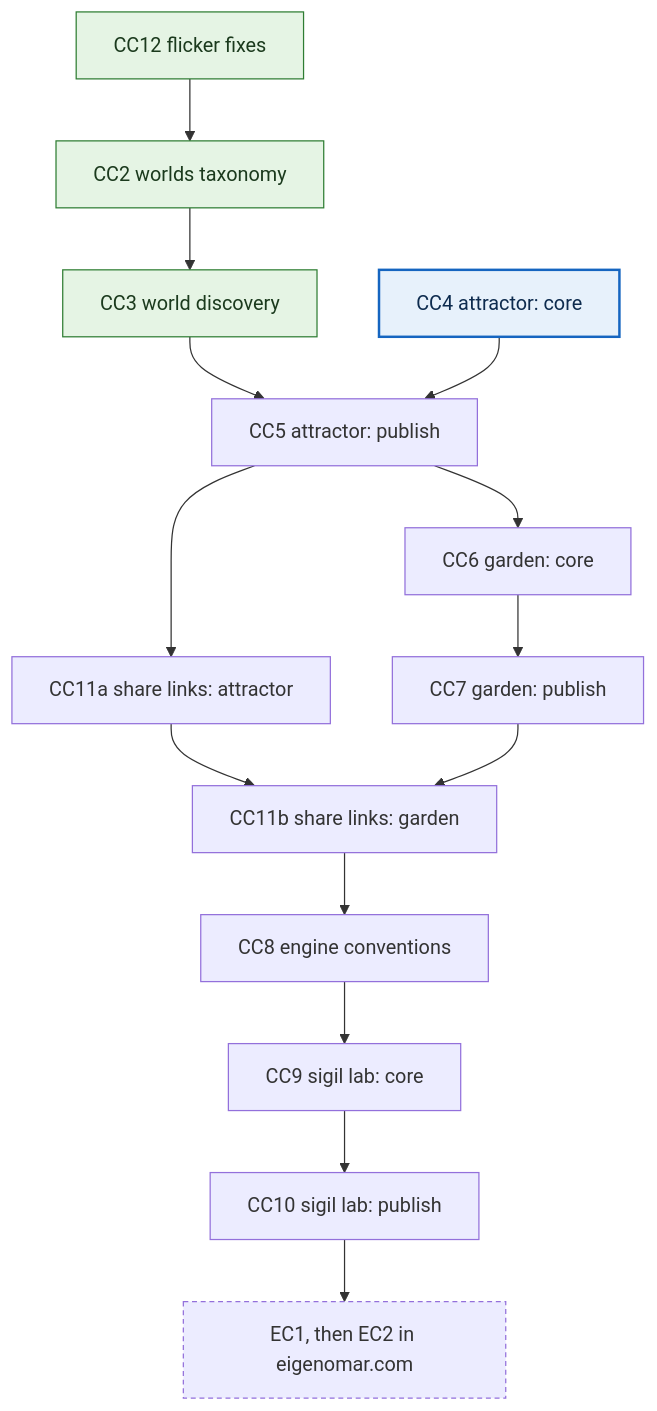
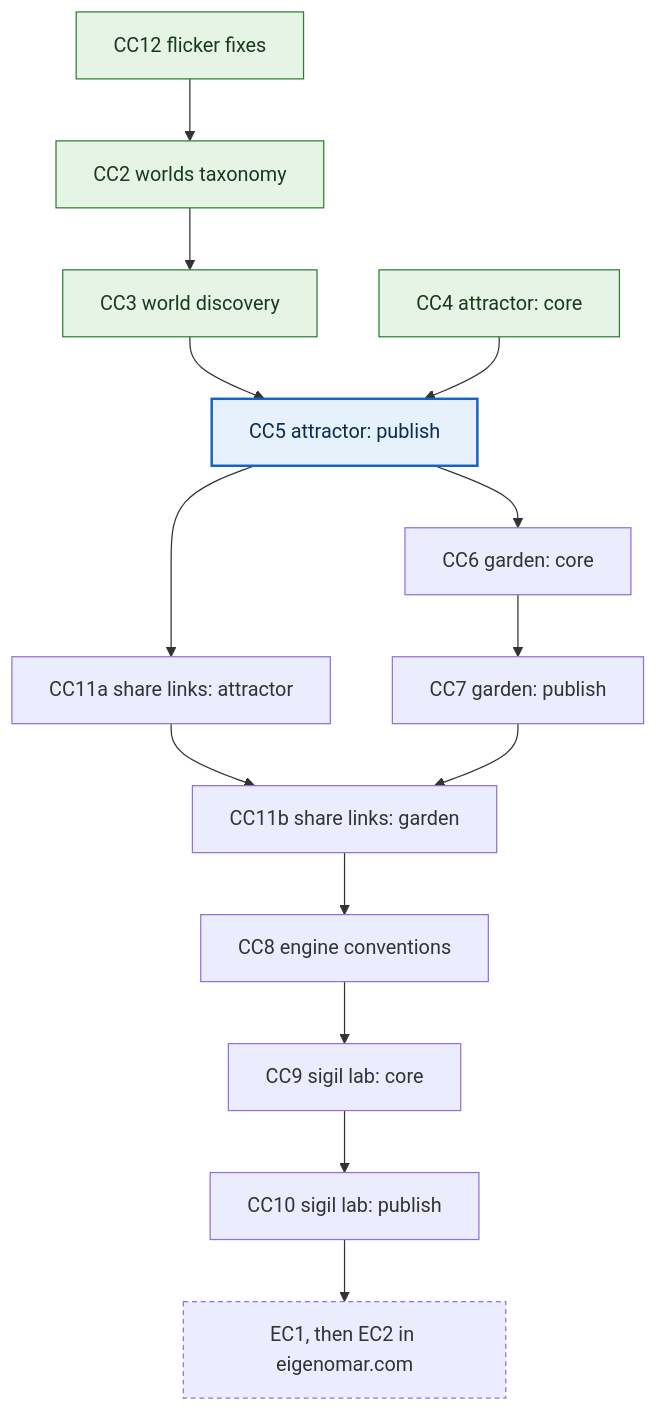
The diagram in worlds_and_features-dev_plan.md (eigenomarksamy/creative_coding), drawn with Mermaid before and after one commit. The commit also changed other lines of this file and 5 other files, not shown here.

````diff
--- a/worlds_and_features-dev_plan.md
+++ b/worlds_and_features-dev_plan.md
@@ -32,24 +32,24 @@
 ```mermaid
 flowchart TD
   %% when a ticket ships, move it to the done line at the bottom and set the next ticket
   CC12["CC12 flicker fixes"] --> CC2["CC2 worlds taxonomy"]
   CC2 --> CC3["CC3 world discovery"]
   CC3 --> CC5["CC5 attractor: publish"]
   CC4["CC4 attractor: core"] --> CC5
   CC5 --> CC11a["CC11a share links: attractor"]
   CC5 --> CC6["CC6 garden: core"]
   CC6 --> CC7["CC7 garden: publish"]
   CC11a --> CC11b["CC11b share links: garden"]
   CC7 --> CC11b
   CC11b --> CC8["CC8 engine conventions"]
   CC8 --> CC9["CC9 sigil lab: core"]
   CC9 --> CC10["CC10 sigil lab: publish"]
   CC10 --> EC1["EC1, then EC2 in eigenomar.com"]
 
   classDef done fill:#e5f4e4,stroke:#2e7d32,color:#1b3a1d
   classDef next fill:#e7f1fb,stroke:#1565c0,stroke-width:2px,color:#0d2b4e
   classDef other stroke-dasharray:4 3
-  class CC12,CC2,CC3 done
-  class CC4 next
+  class CC12,CC2,CC3,CC4 done
+  class CC5 next
   class EC1 other
 ```
````
